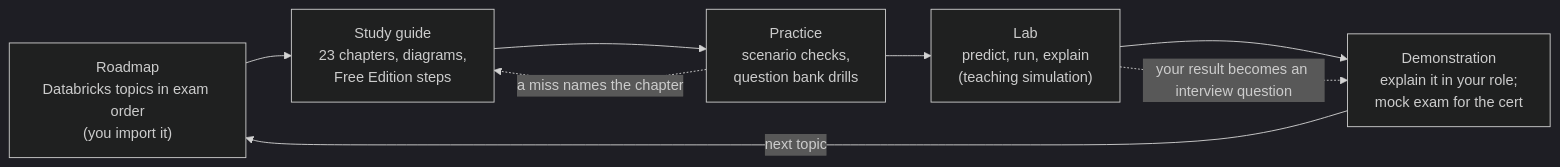
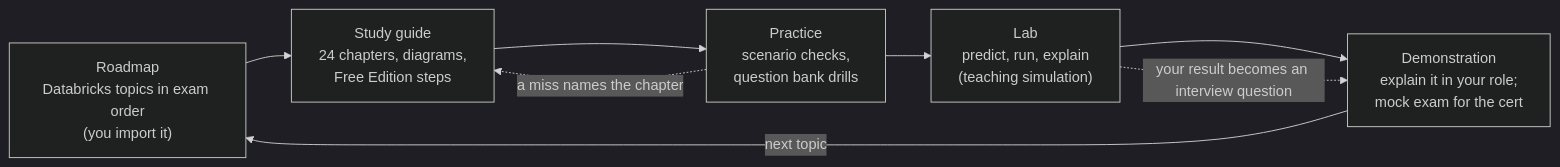
One commit to getnimishk/PrepBench changed the diagram in docs/implementation/DATABRICKS-GAP-REPORT.md. Above: the diagram before and after it, drawn with Mermaid (dark theme). The commit also changed other lines of this file and 4 other files, not shown here.

First line of the commit message:
Add production, troubleshooting and an error catalogue to the Databricks roadmap

````diff
--- a/docs/implementation/DATABRICKS-GAP-REPORT.md
+++ b/docs/implementation/DATABRICKS-GAP-REPORT.md
@@ -134,10 +135,10 @@
 ```mermaid
 flowchart LR
-  R["Roadmap<br/>Databricks topics in exam order<br/>(you import it)"] --> G["Study guide<br/>23 chapters, diagrams,<br/>Free Edition steps"]
+  R["Roadmap<br/>Databricks topics in exam order<br/>(you import it)"] --> G["Study guide<br/>24 chapters, diagrams,<br/>Free Edition steps"]
   G --> P["Practice<br/>scenario checks,<br/>question bank drills"]
   P --> L["Lab<br/>predict, run, explain<br/>(teaching simulation)"]
   L --> D["Demonstration<br/>explain it in your role;<br/>mock exam for the cert"]
   D -->|"next topic"| R
   P -. "a miss names the chapter" .-> G
   L -. "your result becomes an interview question" .-> D
 ```
````
